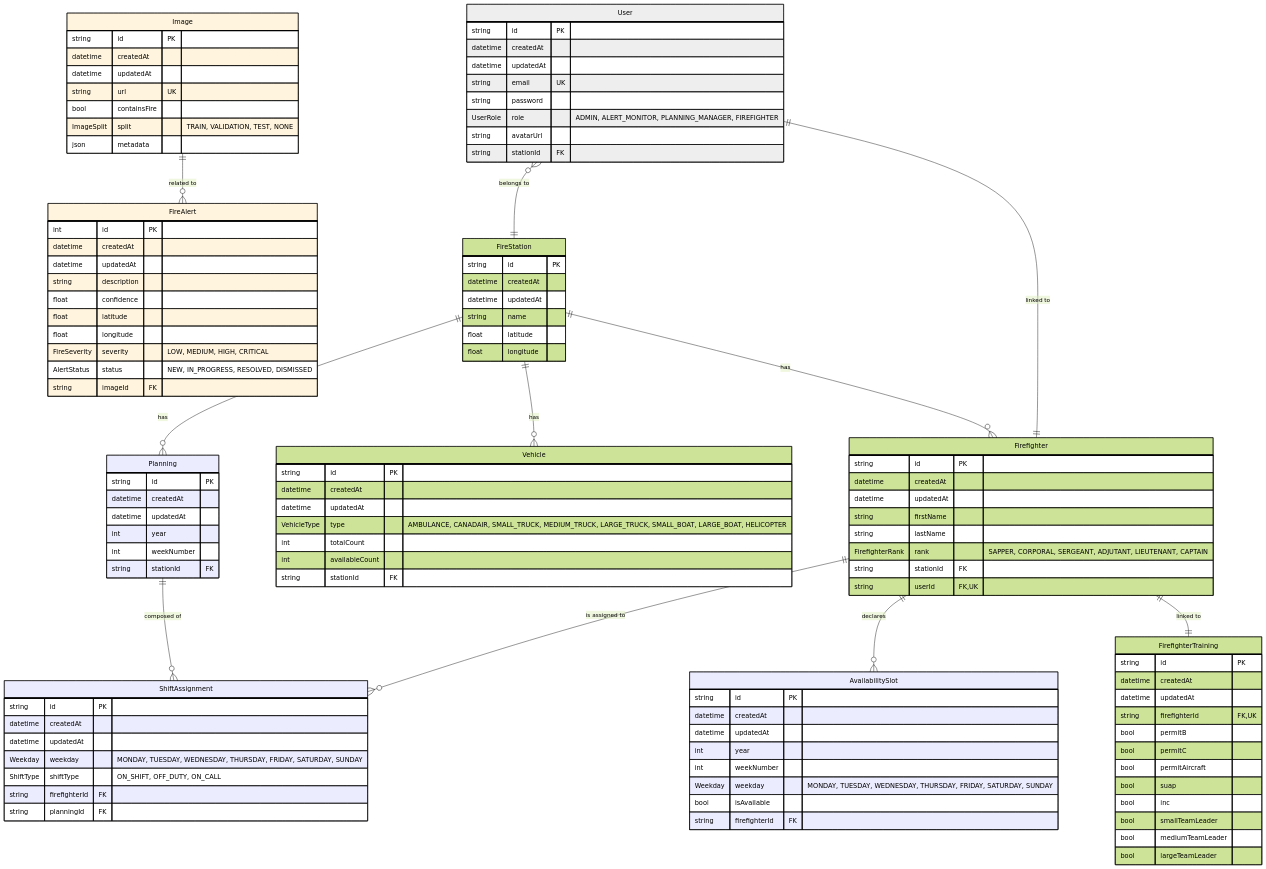
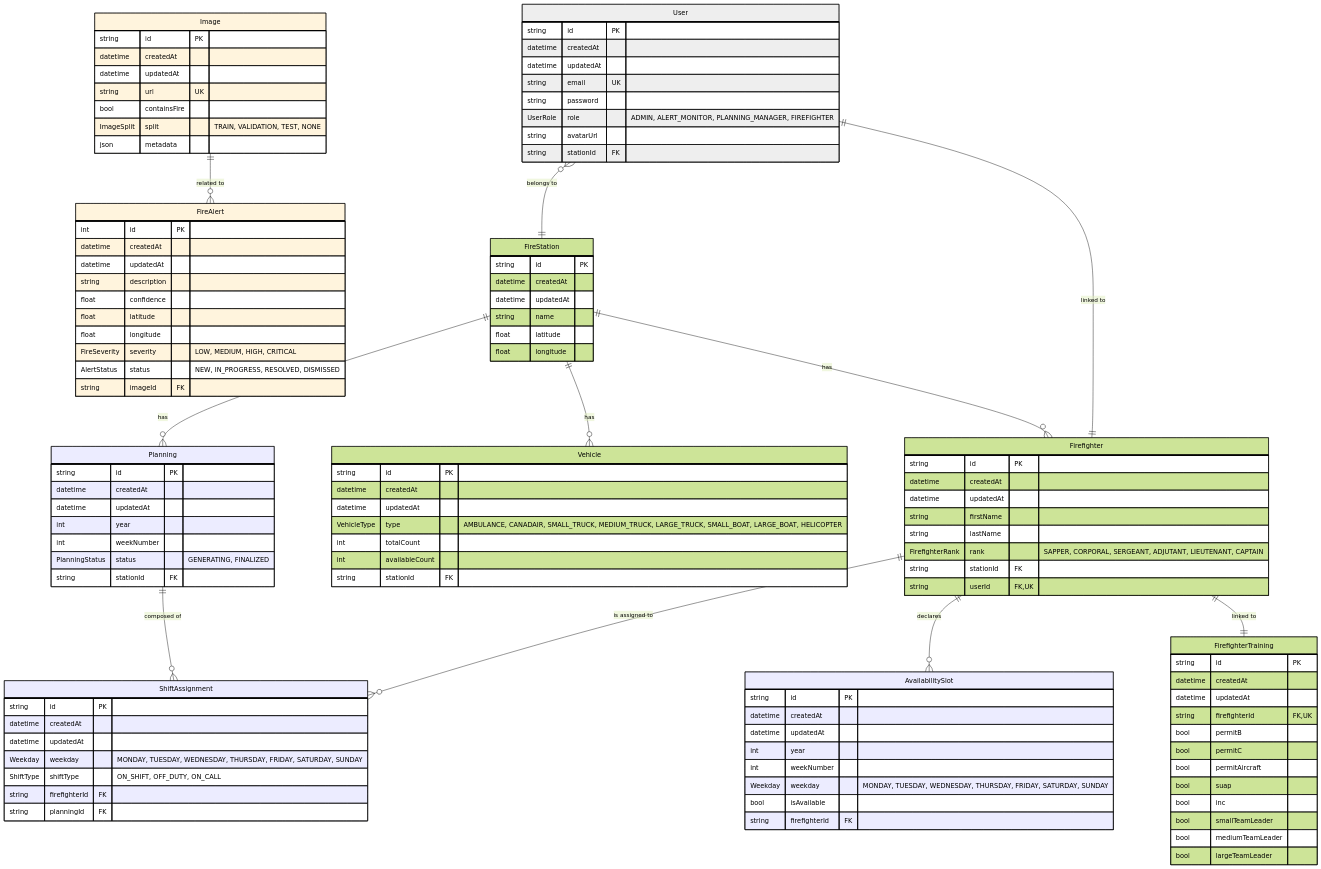
Before and after one commit to insa-resq/firepulse-databases: the diagram in src/diagrams/db.mmd, drawn with Mermaid (forest theme). The commit also changed 1 other file, not shown here.

Commit message:
docs: update diagram

```diff
--- a/src/diagrams/db.mmd
+++ b/src/diagrams/db.mmd
@@ -1,114 +1,115 @@
 erDiagram
   User:::accounts {
     string id PK
     datetime createdAt
     datetime updatedAt
     string email UK
     string password
     UserRole role "ADMIN, ALERT_MONITOR, PLANNING_MANAGER, FIREFIGHTER"
     string avatarUrl
     string stationId FK
   }
   FireAlert:::detection {
     int id PK
     datetime createdAt
     datetime updatedAt
     string description
     float confidence
     float latitude
     float longitude
     FireSeverity severity "LOW, MEDIUM, HIGH, CRITICAL"
     AlertStatus status "NEW, IN_PROGRESS, RESOLVED, DISMISSED"
     string imageId FK
   }
   Image:::detection {
     string id PK
     datetime createdAt
     datetime updatedAt
     string url UK
     bool containsFire
     ImageSplit split "TRAIN, VALIDATION, TEST, NONE"
     json metadata
   }
   Planning:::planning {
     string id PK
     datetime createdAt
     datetime updatedAt
     int year
     int weekNumber
+    PlanningStatus status "GENERATING, FINALIZED"
     string stationId FK
   }
   ShiftAssignment:::planning {
     string id PK
     datetime createdAt
     datetime updatedAt
     Weekday weekday "MONDAY, TUESDAY, WEDNESDAY, THURSDAY, FRIDAY, SATURDAY, SUNDAY"
     ShiftType shiftType "ON_SHIFT, OFF_DUTY, ON_CALL"
     string firefighterId FK
     string planningId FK
   }
   AvailabilitySlot:::planning {
     string id PK
     datetime createdAt
     datetime updatedAt
     int year
     int weekNumber
     Weekday weekday "MONDAY, TUESDAY, WEDNESDAY, THURSDAY, FRIDAY, SATURDAY, SUNDAY"
     bool isAvailable
     string firefighterId FK
   }
   FireStation:::registry {
     string id PK
     datetime createdAt
     datetime updatedAt
     string name
     float latitude
     float longitude
   }
   Vehicle:::registry {
     string id PK
     datetime createdAt
     datetime updatedAt
     VehicleType type "AMBULANCE, CANADAIR, SMALL_TRUCK, MEDIUM_TRUCK, LARGE_TRUCK, SMALL_BOAT, LARGE_BOAT, HELICOPTER"
     int totalCount
     int availableCount
     string stationId FK
   }
   Firefighter:::registry {
     string id PK
     datetime createdAt
     datetime updatedAt
     string firstName
     string lastName
     FirefighterRank rank "SAPPER, CORPORAL, SERGEANT, ADJUTANT, LIEUTENANT, CAPTAIN"
     string stationId FK
     string userId FK,UK
   }
   FirefighterTraining:::registry {
     string id PK
     datetime createdAt
     datetime updatedAt
     string firefighterId FK,UK
     bool permitB
     bool permitC
     bool permitAircraft
     bool suap
     bool inc
     bool smallTeamLeader
     bool mediumTeamLeader
     bool largeTeamLeader
   }
   Image ||--o{ FireAlert : "related to"
   User ||--|| Firefighter : "linked to"
   User }o--|| FireStation : "belongs to"
   FireStation ||--o{ Planning : "has"
   FireStation ||--o{ Vehicle : "has"
   FireStation ||--o{ Firefighter : "has"
   Firefighter ||--o{ AvailabilitySlot : "declares"
   Firefighter ||--o{ ShiftAssignment : "is assigned to"
   Firefighter ||--|| FirefighterTraining : "linked to"
   Planning ||--o{ ShiftAssignment : "composed of"
   classDef detection fill:#fff4dd,stroke:#000
   classDef accounts fill:#eeeeee,stroke:#000
   classDef registry fill:#cde498,stroke:#000
   classDef planning fill:#ececff,stroke:#000
```
